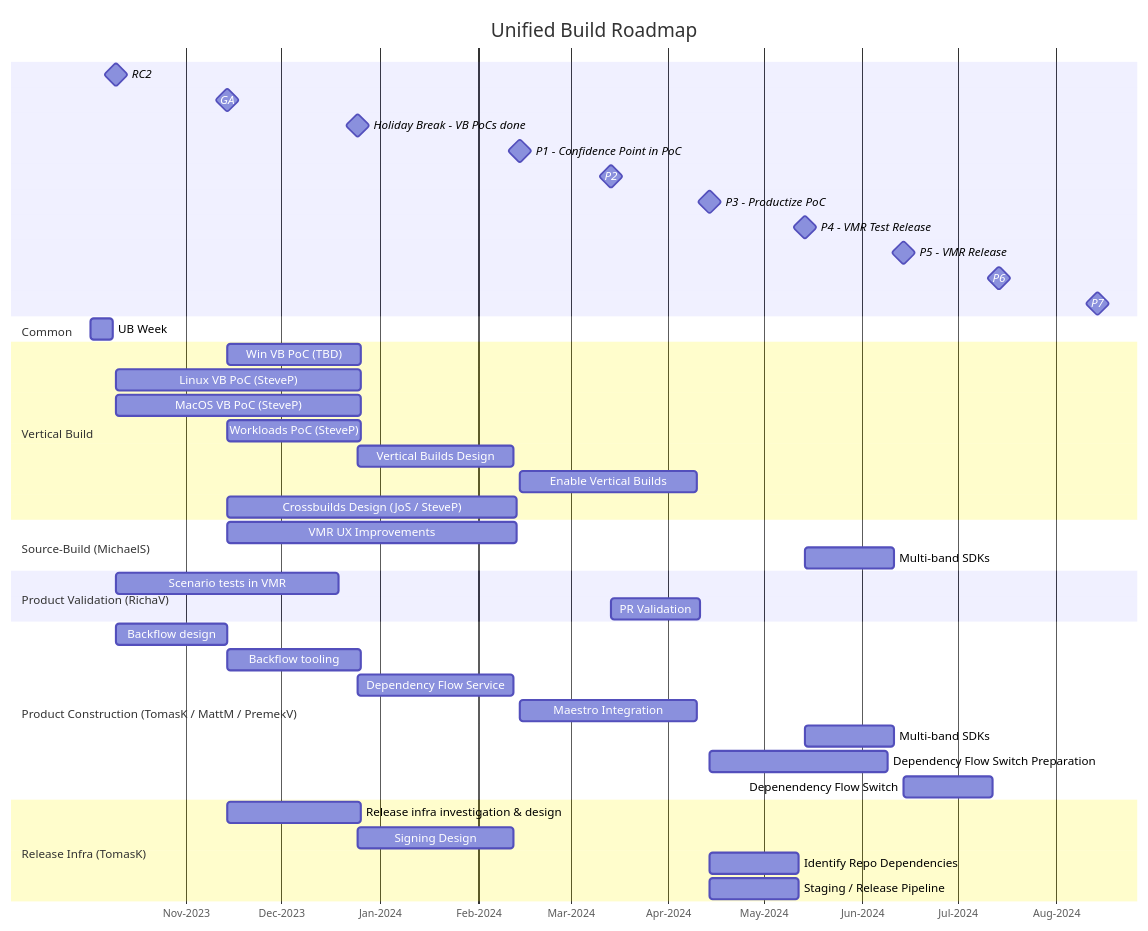
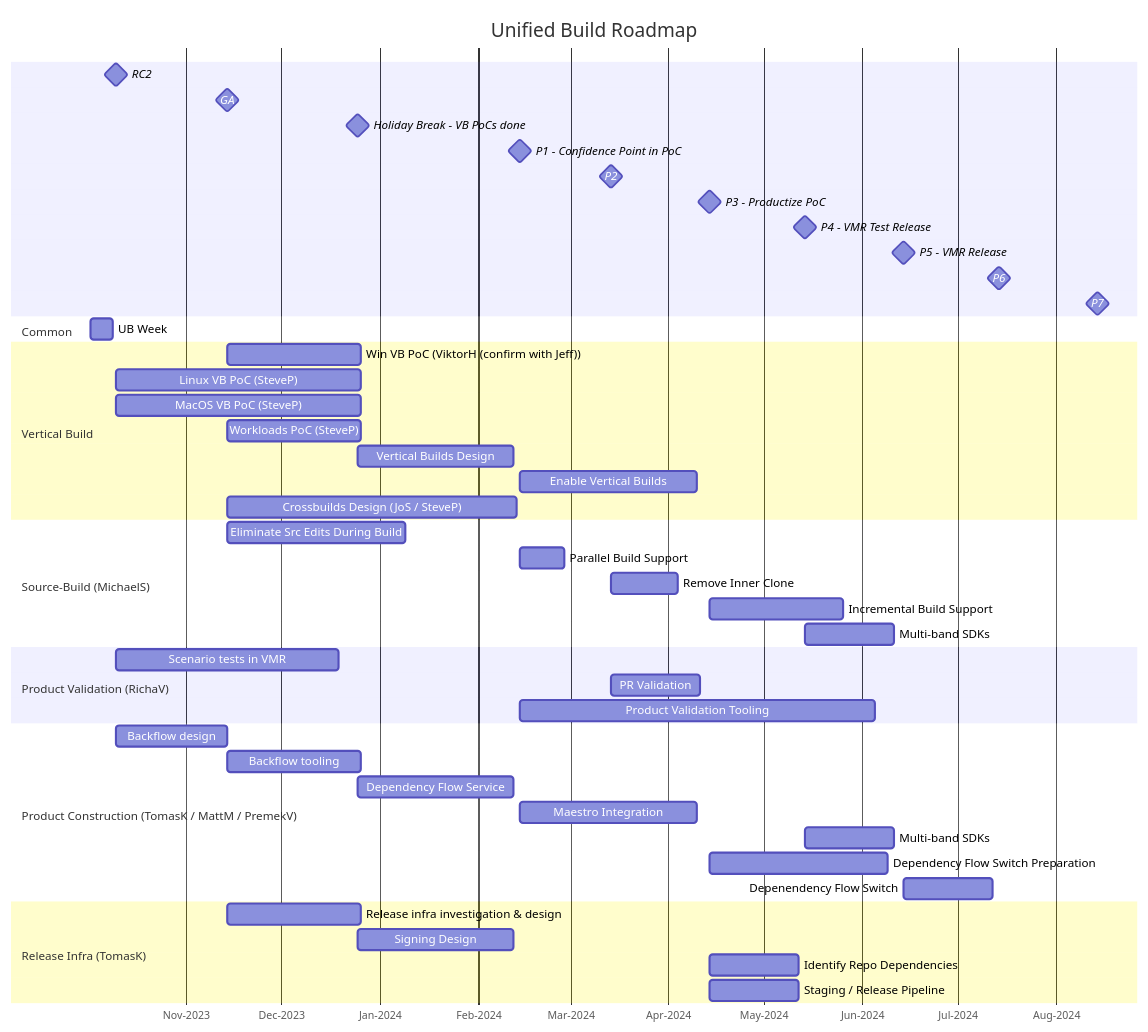
The diagram in src/arcade/Documentation/UnifiedBuild/UB-Roadmap.md (dotnet/dotnet), drawn with Mermaid before and after one commit. The commit also changed other lines of this file and 12 other files, not shown here.

````diff
--- a/src/arcade/Documentation/UnifiedBuild/UB-Roadmap.md
+++ b/src/arcade/Documentation/UnifiedBuild/UB-Roadmap.md
@@ -3,52 +3,56 @@
 ```mermaid
 gantt
     title Unified Build Roadmap
     axisFormat %b-%Y
     RC2: milestone, net8-rc2, 2023-10-10, 0
     GA: milestone, net8-ga, 2023-11-14, 0
     Holiday Break - VB PoCs done: milestone, holiday, 2023-12-25, 0
     %% delta between Holiday and P1 is 7w
     P1 - Confidence Point in PoC: milestone, net9-p1, 2024-02-14, 0
     P2: milestone, net9-p2, 2024-03-14, 0
     P3 - Productize PoC: milestone, net9-p3, 2024-04-14, 0
     P4 - VMR Test Release: milestone, net9-p4, 2024-05-14, 0
     P5 - VMR Release: milestone, net9-p5, 2024-06-14, 0
     P6: milestone, net9-p6, 2024-07-14, 0
     P7: milestone, net9-p7, 2024-08-14, 0
  
     section Common
         UB Week: ub-week, 2023-10-02, 1w
 
     section Vertical Build
-        Win VB PoC (TBD): after net8-ga, 6w
+        Win VB PoC (ViktorH (confirm with Jeff)): after net8-ga, 6w
         Linux VB PoC (SteveP): after net8-rc2, 11w
         MacOS VB PoC (SteveP): after net8-rc2, 11w
         Workloads PoC (SteveP): after net8-ga, 6w
         Vertical Builds Design: after holiday, 7w
         Enable Vertical Builds: after net9-p1, 8w
         Crossbuilds Design (JoS / SteveP): after net8-ga, 13w
 
     section Source-Build (MichaelS)
-        VMR UX Improvements: after net8-ga, 13w
+        Eliminate Src Edits During Build: after net8-ga, 8w
+        Parallel Build Support: after net9-p1, 2w
+        Remove Inner Clone: after net9-p2, 3w
+        Incremental Build Support: after net9-p3, 6w
         Multi-band SDKs: after net9-p4, 4w
 
     section Product Validation (RichaV)
         Scenario tests in VMR: after net8-rc2, 10w
         PR Validation: after net9-p2, 4w
+        Product Validation Tooling: after net9-p1, 16w
 
     section Product Construction (TomasK / MattM / PremekV)
         Backflow design: after net8-rc2, 5w
         Backflow tooling: after net8-ga, 6w
         Dependency Flow Service: after holiday, 7w
         Maestro Integration: after net9-p1, 8w
 
         Multi-band SDKs: after net9-p4, 4w
         Dependency Flow Switch Preparation: after net9-p3, 8w
         Depenendency Flow Switch: after net9-p5, 4w
 
     section Release Infra (TomasK)
         Release infra investigation & design: after net8-ga, 6w
         Signing Design: after holiday, 7w
         Identify Repo Dependencies: after net9-p3, 4w
         Staging / Release Pipeline: after net9-p3, 4w
 ```
````
